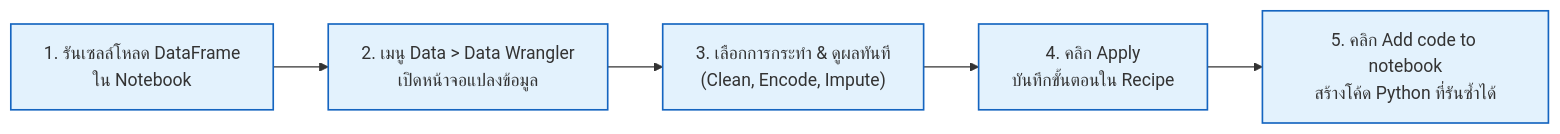
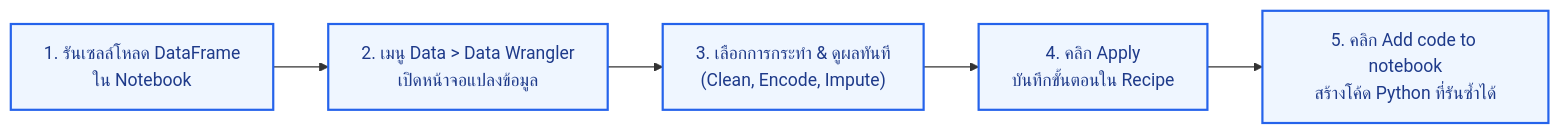
One commit to DataFabric-Academy/ms-fabric-data-science changed the first of 2 diagrams in docs/04-data-wrangler.md. Above: the diagram before and after it, drawn with Mermaid. The commit also changed other lines of this file and 6 other files, not shown here.

````diff
--- a/docs/04-data-wrangler.md
+++ b/docs/04-data-wrangler.md
@@ -18,11 +18,11 @@
 ```mermaid
 flowchart LR
     Step1["1. รันเซลล์โหลด DataFrame<br/>ใน Notebook"]
     --> Step2["2. เมนู Data > Data Wrangler<br/>เปิดหน้าจอแปลงข้อมูล"]
     --> Step3["3. เลือกการกระทำ & ดูผลทันที<br/>(Clean, Encode, Impute)"]
     --> Step4["4. คลิก Apply<br/>บันทึกขั้นตอนใน Recipe"]
     --> Step5["5. คลิก Add code to notebook<br/>สร้างโค้ด Python ที่รันซ้ำได้"]
 
-    classDef step fill:#e3f2fd,stroke:#1565c0,stroke-width:1.5px;
+    classDef step fill:#eff6ff,stroke:#2563eb,stroke-width:2px,color:#1e3a8a;
     class Step1,Step2,Step3,Step4,Step5 step;
 ```
````
